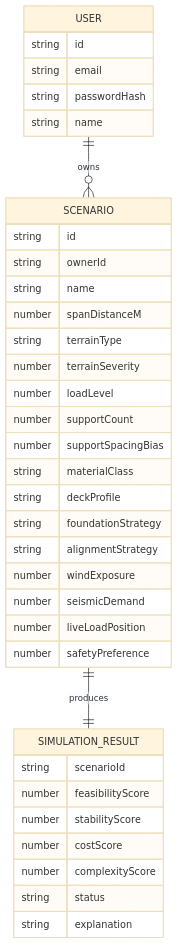
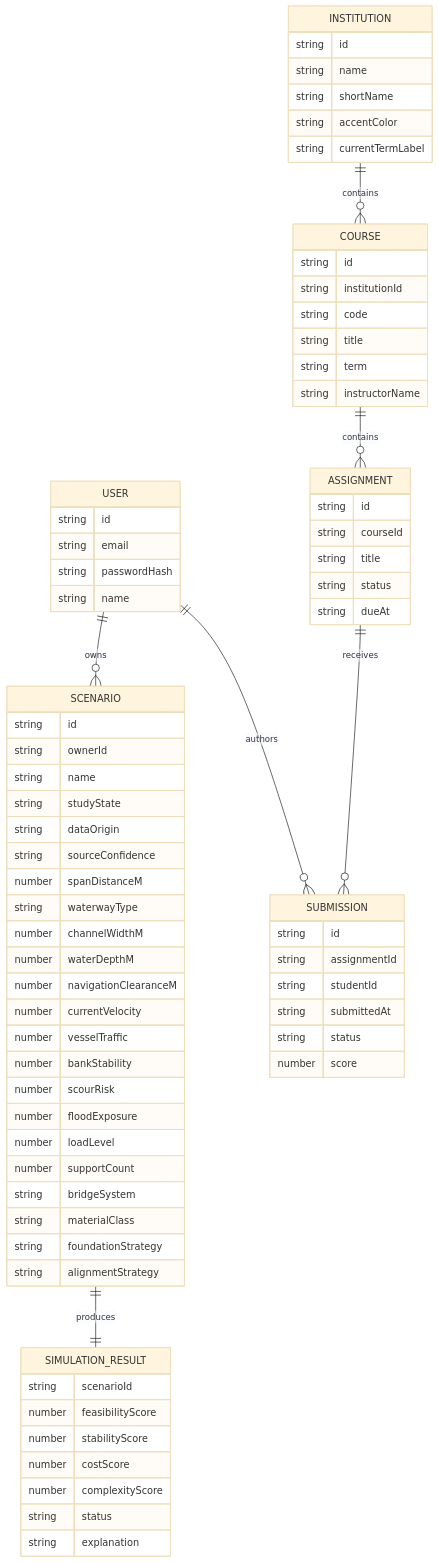
Before and after one commit to enjinuity/KARRAS-SIWES: the third of 3 diagrams in .trae/documents/karras-mvp-technical-architecture.md, drawn with Mermaid (base theme). The commit also changed other lines of this file and 12 other files, not shown here.

````diff
--- a/.trae/documents/karras-mvp-technical-architecture.md
+++ b/.trae/documents/karras-mvp-technical-architecture.md
@@ -118,20 +176,25 @@
         string id
         string ownerId
         string name
+        string studyState
+        string dataOrigin
+        string sourceConfidence
         number spanDistanceM
-        string terrainType
-        number terrainSeverity
+        string waterwayType
+        number channelWidthM
+        number waterDepthM
+        number navigationClearanceM
+        number currentVelocity
+        number vesselTraffic
+        number bankStability
+        number scourRisk
+        number floodExposure
         number loadLevel
         number supportCount
-        number supportSpacingBias
+        string bridgeSystem
         string materialClass
-        string deckProfile
         string foundationStrategy
         string alignmentStrategy
-        number windExposure
-        number seismicDemand
-        number liveLoadPosition
-        number safetyPreference
     }
 
     USER {
@@ -151,6 +214,44 @@
         string explanation
     }
 
+    INSTITUTION {
+        string id
+        string name
+        string shortName
+        string accentColor
+        string currentTermLabel
+    }
+
+    COURSE {
+        string id
+        string institutionId
+        string code
+        string title
+        string term
+        string instructorName
+    }
+
+    ASSIGNMENT {
+        string id
+        string courseId
+        string title
+        string status
+        string dueAt
+    }
+
+    SUBMISSION {
+        string id
+        string assignmentId
+        string studentId
+        string submittedAt
+        string status
+        number score
+    }
+
     USER ||--o{ SCENARIO : "owns"
     SCENARIO ||--|| SIMULATION_RESULT : "produces"
+    INSTITUTION ||--o{ COURSE : "contains"
+    COURSE ||--o{ ASSIGNMENT : "contains"
+    ASSIGNMENT ||--o{ SUBMISSION : "receives"
+    USER ||--o{ SUBMISSION : "authors"
 ```
````
